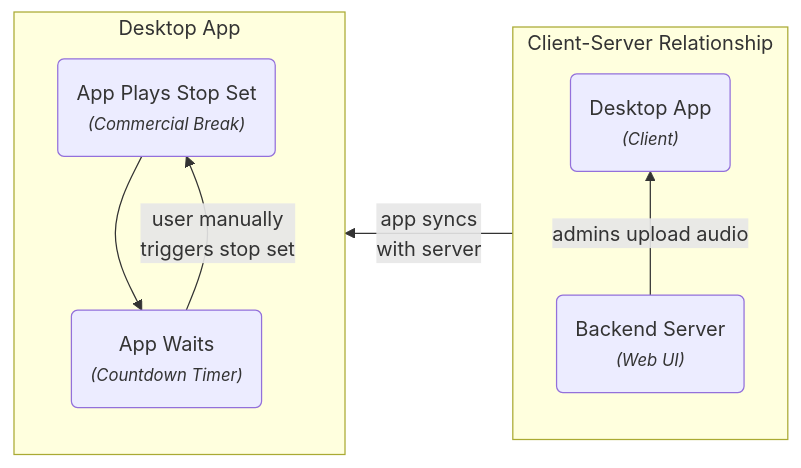
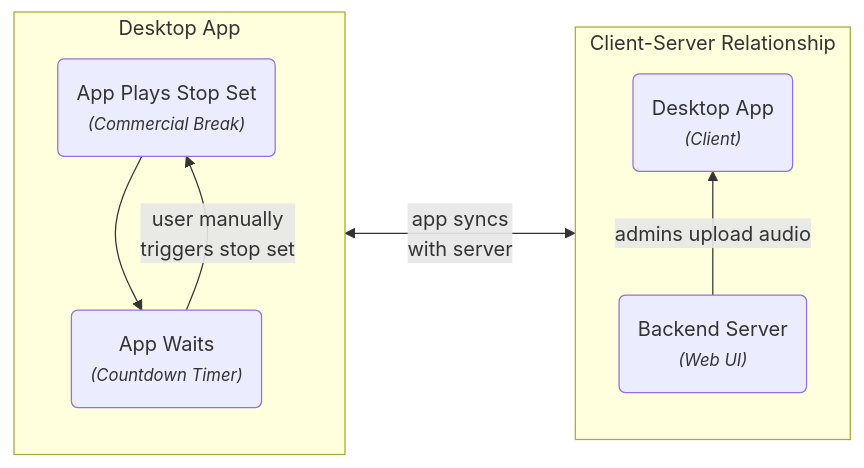
The diagram in docs/index.md (dtcooper/tomato), drawn with Mermaid before and after one commit. The commit also changed other lines of this file and 2 other files, not shown here.

````diff
--- a/docs/index.md
+++ b/docs/index.md
@@ -27,17 +27,17 @@
 ```mermaid
 flowchart RL
     subgraph CLIENT_SERVER [Client-Server Relationship]
         direction BT
             client("Desktop App\n<em><small>(Client)</small></em>")
             server("Backend Server\n<em><small>(Web UI)</small></em>")
             server -- admins upload audio --> client
     end
     subgraph STOPSET [Desktop App]
         direction TB
             stopset("App Plays Stop Set\n<em><small>(Commercial Break)</small></em>")
             wait("App Waits\n<em><small>(Countdown Timer)</small></em>")
             stopset --> wait
             wait -- user manually\ntriggers stop set --> stopset
     end
-    CLIENT_SERVER -- app syncs\nwith server --> STOPSET
+    CLIENT_SERVER -- app syncs\nwith server <---> STOPSET
 ```
````
